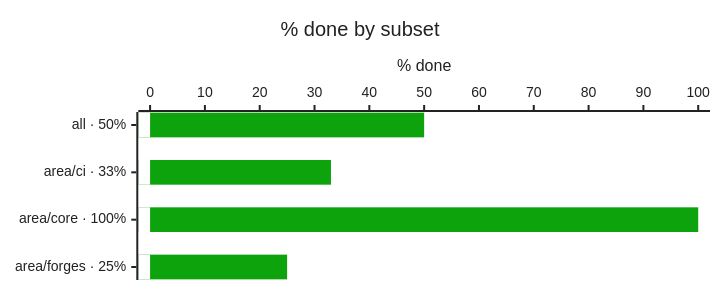
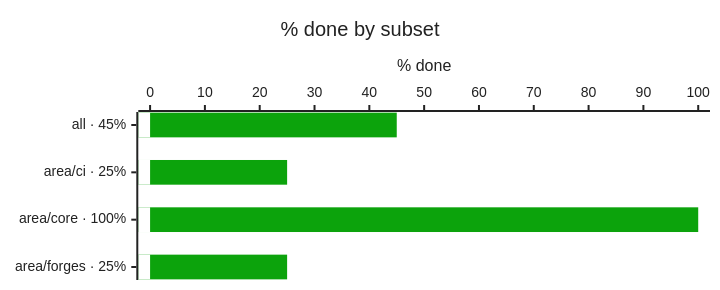
Before and after one commit to bvraghav/pmtrack: the first of 4 diagrams in progress/README.md, drawn with Mermaid. The commit also changed other lines of this file and 5 other files, not shown here.

````diff
--- a/progress/README.md
+++ b/progress/README.md
@@ -5,9 +5,9 @@
 ```mermaid
 %%{init: {"themeVariables": {"xyChart": {"backgroundColor": "#ffffff", "titleColor": "#222222", "plotColorPalette": "#0ca30c,#ffffff", "xAxisLabelColor": "#222222", "xAxisTitleColor": "#222222", "xAxisTickColor": "#222222", "xAxisLineColor": "#222222", "yAxisLabelColor": "#222222", "yAxisTitleColor": "#222222", "yAxisTickColor": "#222222", "yAxisLineColor": "#222222"}}, "xyChart": {"height": 270}}}%%
 xychart-beta horizontal
   title "% done by subset"
-  x-axis ["all · 50%", "area/ci · 33%", "area/core · 100%", "area/forges · 25%"]
+  x-axis ["all · 45%", "area/ci · 25%", "area/core · 100%", "area/forges · 25%"]
   y-axis "% done" 0 --> 100
-  bar [50, 33, 100, 25]
+  bar [45, 25, 100, 25]
   bar [0, 0, 0, 0]
 ```
````
